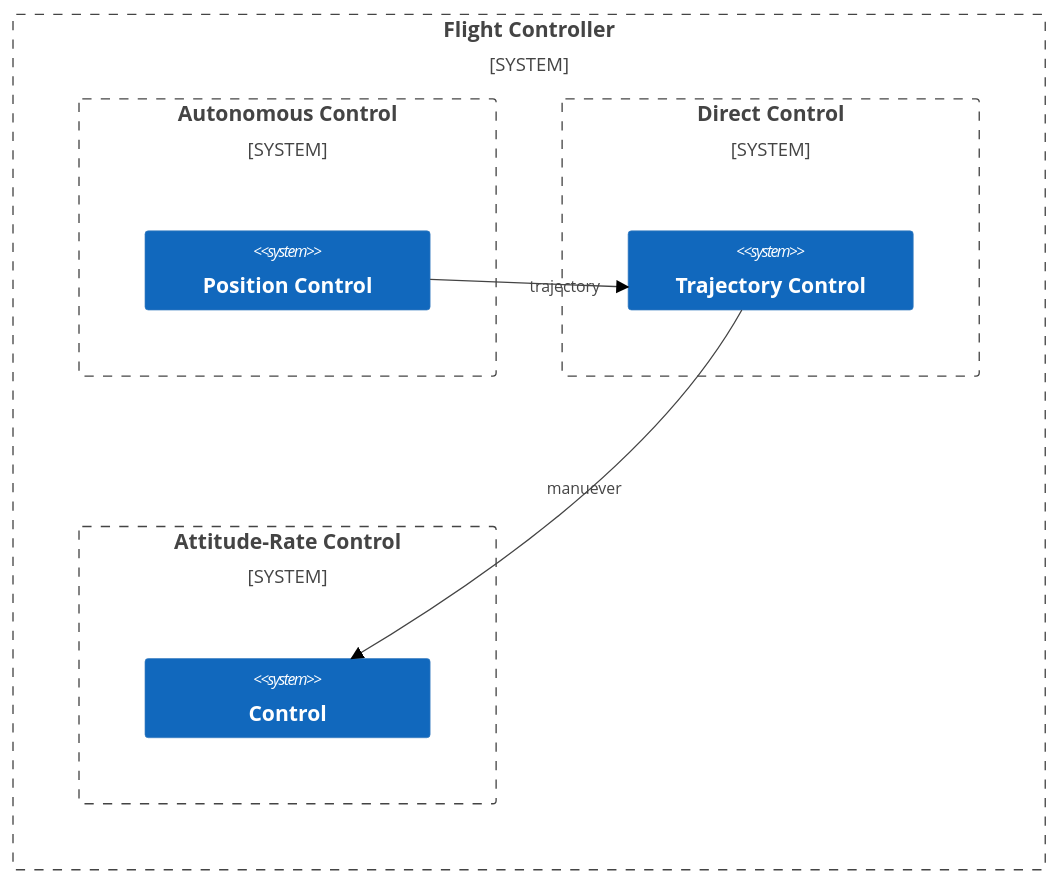
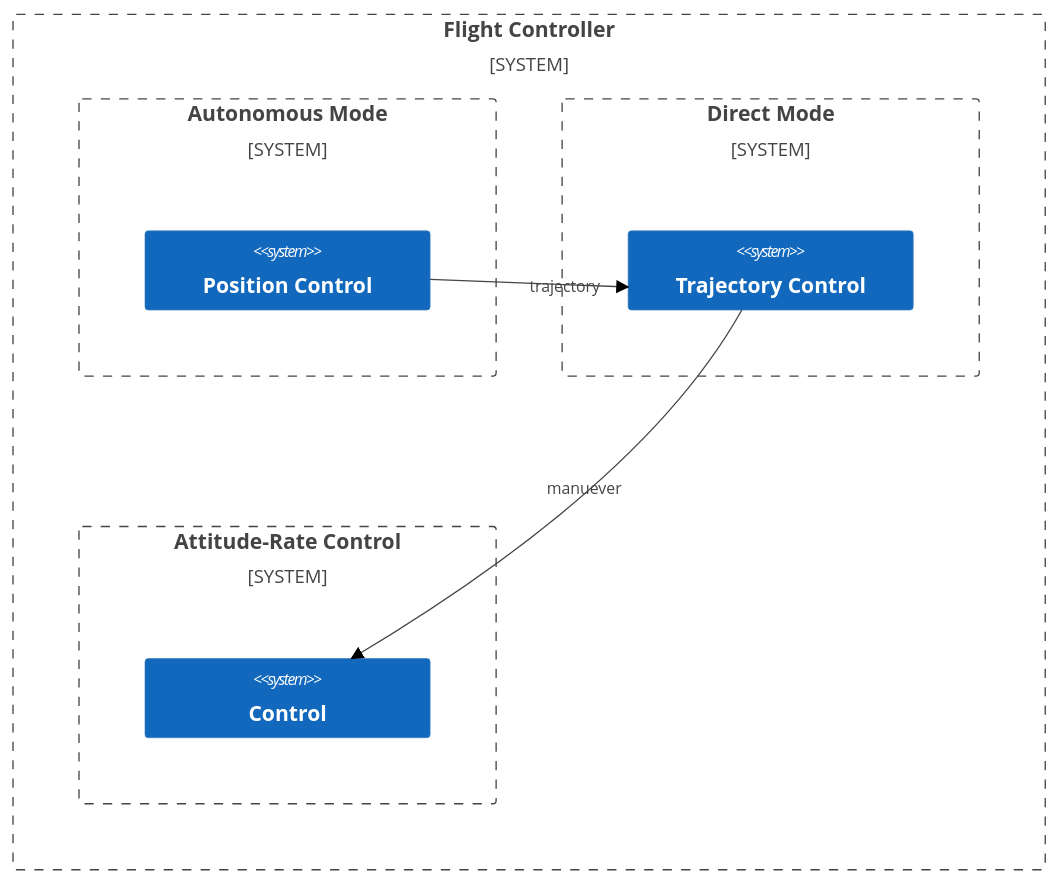
One commit to redengin/rusty-robot changed the diagram in firmware/flight_controllers/src/multicopters/README.md. Above: the diagram before and after it, drawn with Mermaid (neutral theme).

````diff
--- a/firmware/flight_controllers/src/multicopters/README.md
+++ b/firmware/flight_controllers/src/multicopters/README.md
@@ -23,17 +23,17 @@
 ```mermaid
 C4Component
 System_Boundary(b, "Flight Controller") {
-    System_Boundary(b0, "Autonomous Control") {
+    System_Boundary(b0, "Autonomous Mode") {
         System(s0, "Position Control")
     }
-    System_Boundary(b1, "Direct Control") {
+    System_Boundary(b1, "Direct Mode") {
         System(s1, "Trajectory Control")
     }
     Rel(s0, s1, "trajectory")
 
     System_Boundary(b2, "Attitude-Rate Control") {
         System(s3, "Control")
     }
     Rel(s1, s3, "manuever")
 }
 ```
````
